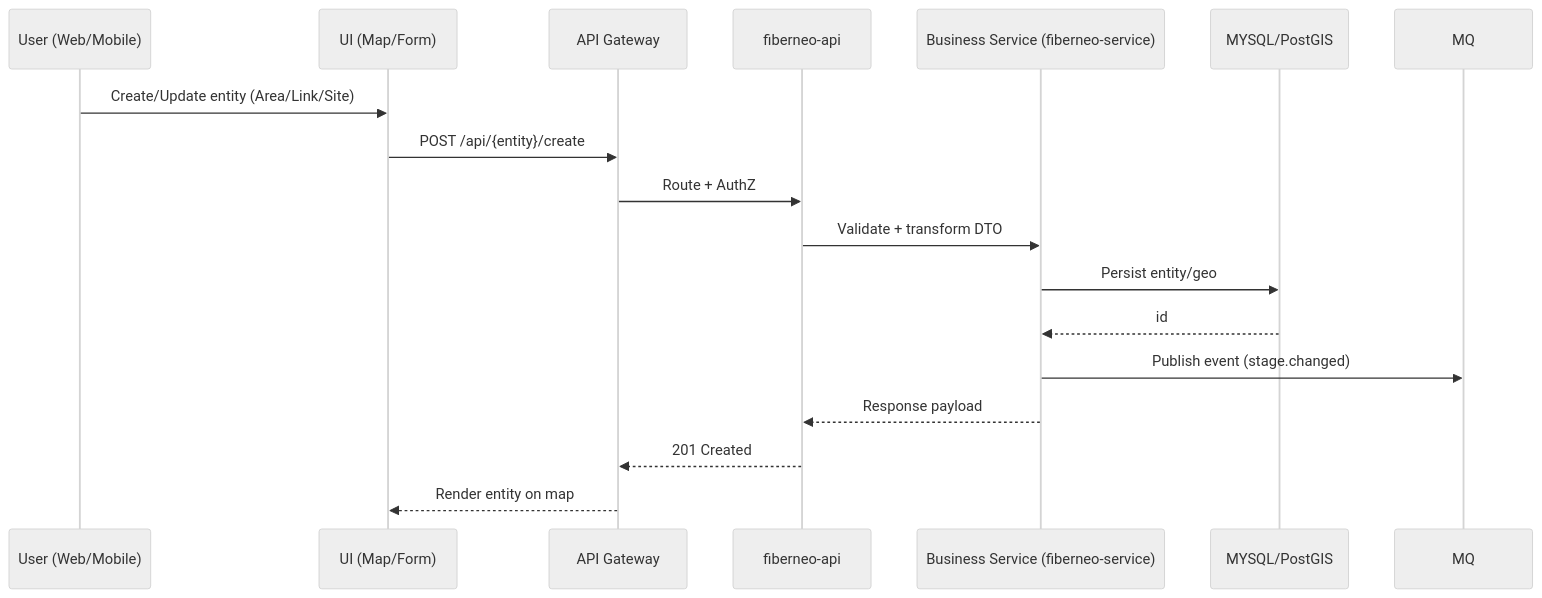
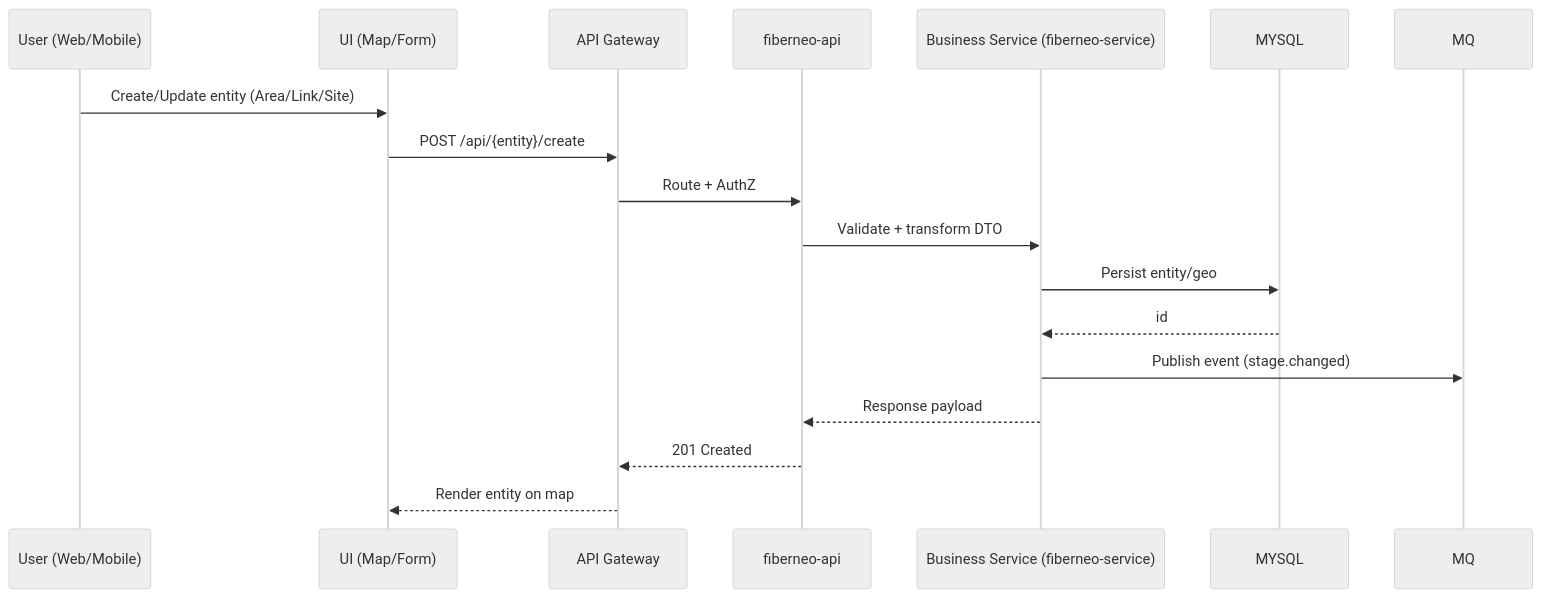
The second of 11 diagrams in Fiberneo-Document/LLD/LLD.md (BhavikVisionGit/Fiberneo-Documents), drawn with Mermaid (neutral theme) before and after one commit. The commit also changed other lines of this file, not shown here.

````diff
--- a/Fiberneo-Document/LLD/LLD.md
+++ b/Fiberneo-Document/LLD/LLD.md
@@ -235,20 +125,20 @@
 ```mermaid
 sequenceDiagram
   participant U as User (Web/Mobile)
   participant UI as UI (Map/Form)
   participant GW as API Gateway
   participant API as fiberneo-api
   participant SVC as Business Service (fiberneo-service)
-  participant DB as MYSQL/PostGIS
+  participant DB as MYSQL
 
   U->>UI: Create/Update entity (Area/Link/Site)
   UI->>GW: POST /api/{entity}/create
   GW->>API: Route + AuthZ
   API->>SVC: Validate + transform DTO
   SVC->>DB: Persist entity/geo
   DB-->>SVC: id
   SVC->>MQ: Publish event (stage.changed)
   SVC-->>API: Response payload
   API-->>GW: 201 Created
   GW-->>UI: Render entity on map
 ```
````
